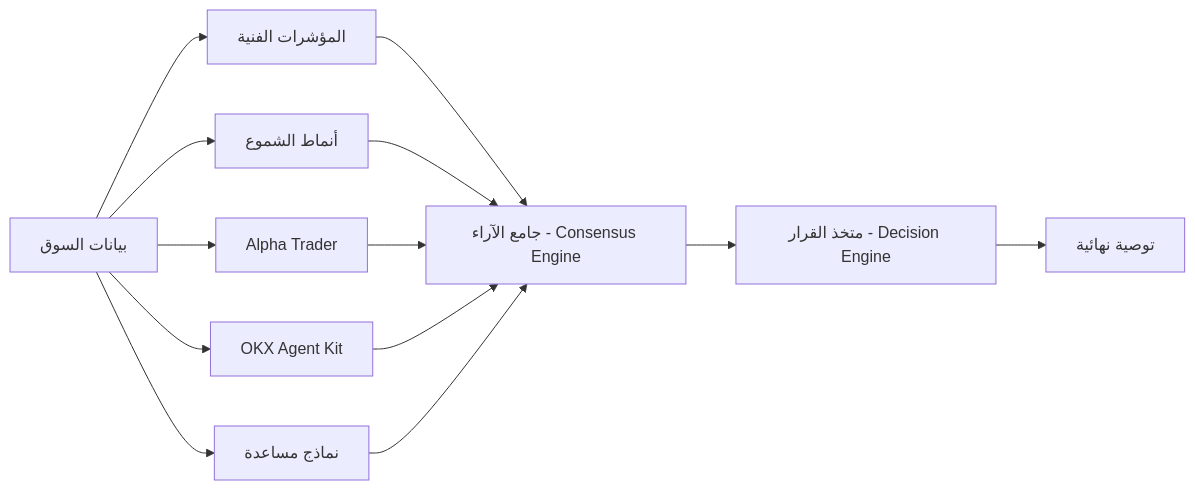
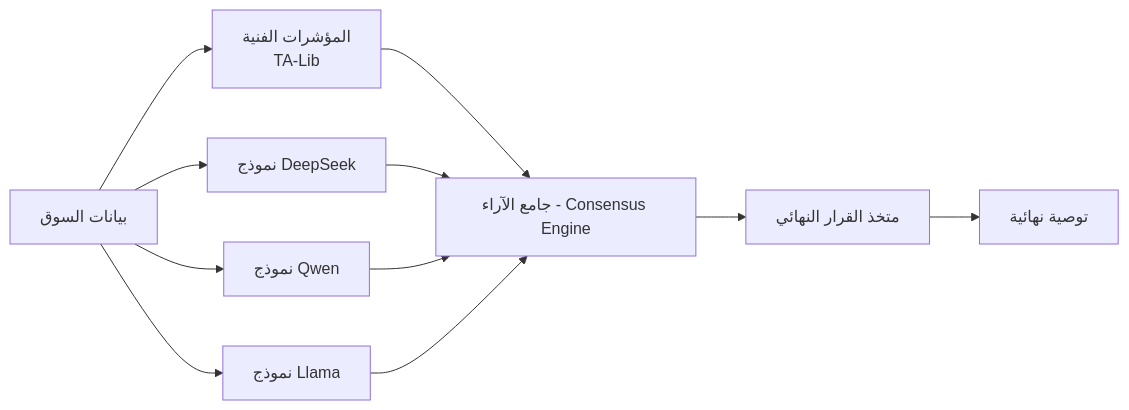
One commit to saud552/KhayaL-Al-Trade changed the second of 3 diagrams in README.md. Above: the diagram before and after it, drawn with Mermaid. The commit also changed other lines of this file, not shown here.

````diff
--- a/README.md
+++ b/README.md
@@ -470,15 +589,13 @@
 ```mermaid
 graph LR
-    A[بيانات السوق] --> B[المؤشرات الفنية]
-    A --> C[أنماط الشموع]
-    A --> D[Alpha Trader]
-    A --> E[OKX Agent Kit]
-    A --> F[نماذج مساعدة]
-    B --> G[جامع الآراء - Consensus Engine]
-    C --> G
-    D --> G
-    E --> G
-    F --> G
-    G --> H[متخذ القرار - Decision Engine]
-    H --> I[توصية نهائية]
+    A[بيانات السوق] --> B[المؤشرات الفنية<br>TA-Lib]
+    A --> C[نموذج DeepSeek]
+    A --> D[نموذج Qwen]
+    A --> E[نموذج Llama]
+    B --> F[جامع الآراء - Consensus Engine]
+    C --> F
+    D --> F
+    E --> F
+    F --> G[متخذ القرار النهائي]
+    G --> H[توصية نهائية]
 ```
````
